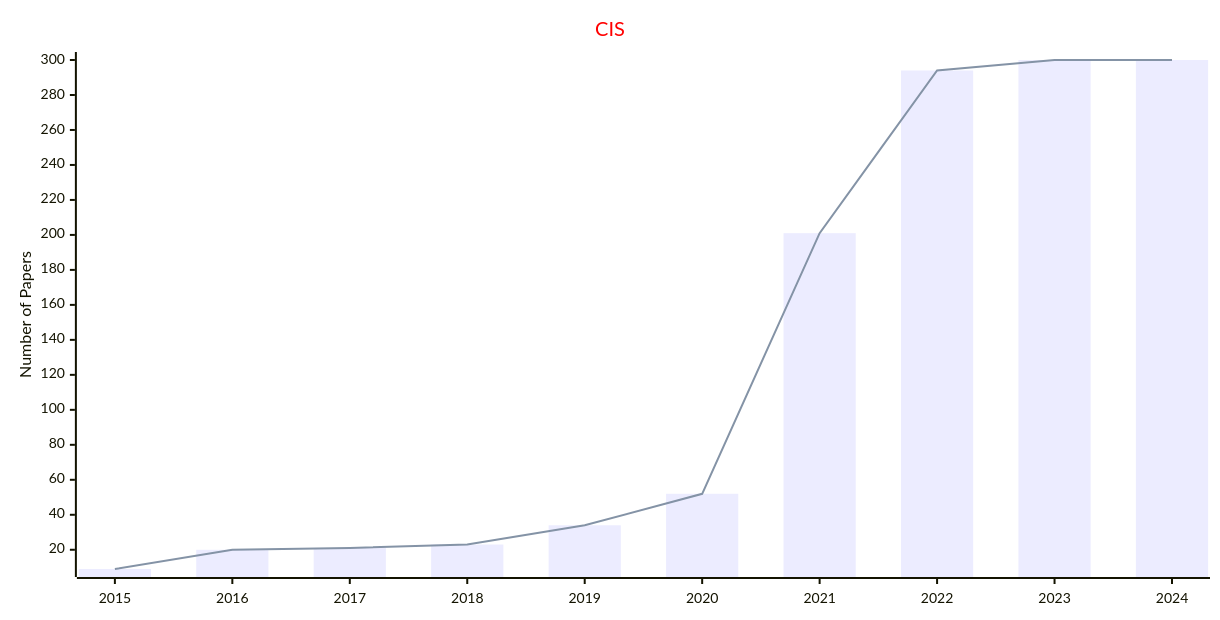
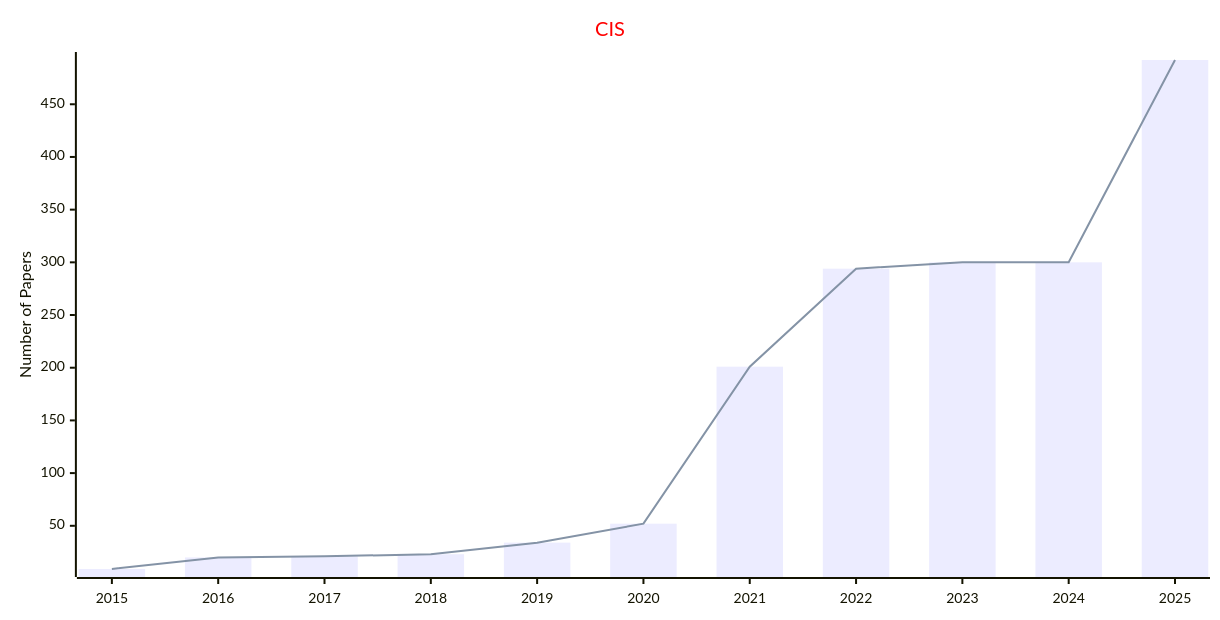
Before and after one commit to Easy-PhD/AILinks: the fifth of 10 diagrams in docs/data/Journals/Statistics_Journals/Intelligent_Systems.md, drawn with Mermaid. The commit also changed other lines of this file and 107 other files, not shown here.

````diff
--- a/docs/data/Journals/Statistics_Journals/Intelligent_Systems.md
+++ b/docs/data/Journals/Statistics_Journals/Intelligent_Systems.md
@@ -105,17 +105,17 @@
 ```mermaid
 ---
 config:
     xyChart:
         width: 1200
         height: 600
     themeVariables:
         xyChart:
             titleColor: "#ff0000"
 ---
 xychart-beta
     title "CIS"
-    x-axis [2015, 2016, 2017, 2018, 2019, 2020, 2021, 2022, 2023, 2024]
+    x-axis [2015, 2016, 2017, 2018, 2019, 2020, 2021, 2022, 2023, 2024, 2025]
     y-axis "Number of Papers"
-    bar [9, 20, 21, 23, 34, 52, 201, 294, 300, 300]
-    line [9, 20, 21, 23, 34, 52, 201, 294, 300, 300]
+    bar [9, 20, 21, 23, 34, 52, 201, 294, 300, 300, 492]
+    line [9, 20, 21, 23, 34, 52, 201, 294, 300, 300, 492]
 ```
````
